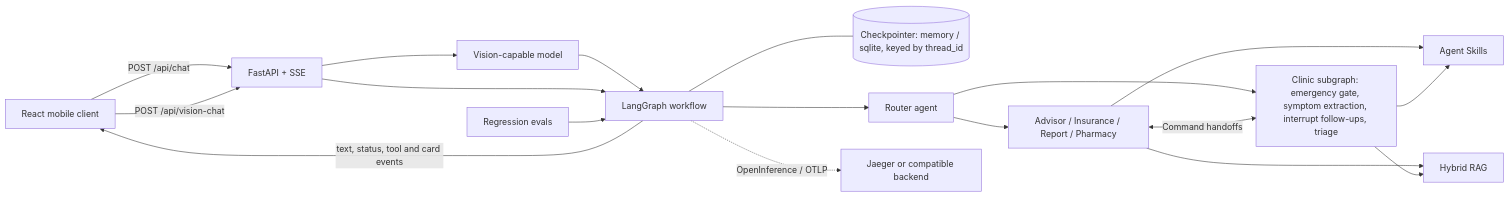
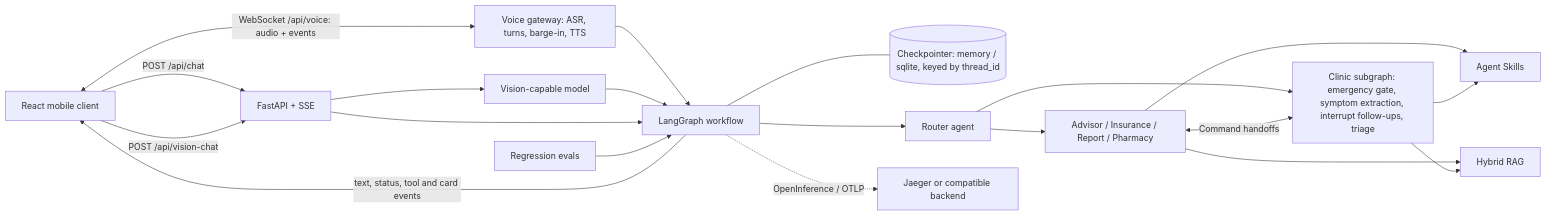
One commit to wananing/Smart-Health-Assistant changed the second of 2 diagrams in README.en.md. Above: the diagram before and after it, drawn with Mermaid. The commit also changed other lines of this file and 28 other files, not shown here.

First line of the commit message:
docs: 实时语音问诊写入中英文 README，按新设计更新全部截图

````diff
--- a/README.en.md
+++ b/README.en.md
@@ -48,20 +150,22 @@
 ```mermaid
 flowchart LR
     UI[React mobile client] -->|POST /api/chat| API[FastAPI + SSE]
     UI -->|POST /api/vision-chat| API
+    UI <-->|WebSocket /api/voice: audio + events| Voice[Voice gateway: ASR, turns, barge-in, TTS]
+    Voice --> Graph
     API --> Vision[Vision-capable model]
     Vision --> Graph[LangGraph workflow]
     API --> Graph
     Graph --- Checkpointer[(Checkpointer: memory / sqlite, keyed by thread_id)]
     Graph --> Router[Router agent]
     Router --> Agents[Advisor / Insurance / Report / Pharmacy]
     Router --> Clinic[Clinic subgraph: emergency gate, symptom extraction, interrupt follow-ups, triage]
     Agents <-->|Command handoffs| Clinic
     Agents --> Skills[Agent Skills]
     Clinic --> Skills
     Agents --> RAG[Hybrid RAG]
     Clinic --> RAG
     Graph -->|text, status, tool and card events| UI
     Graph -. OpenInference / OTLP .-> Traces[Jaeger or compatible backend]
     Evals[Regression evals] --> Graph
 ```
````
